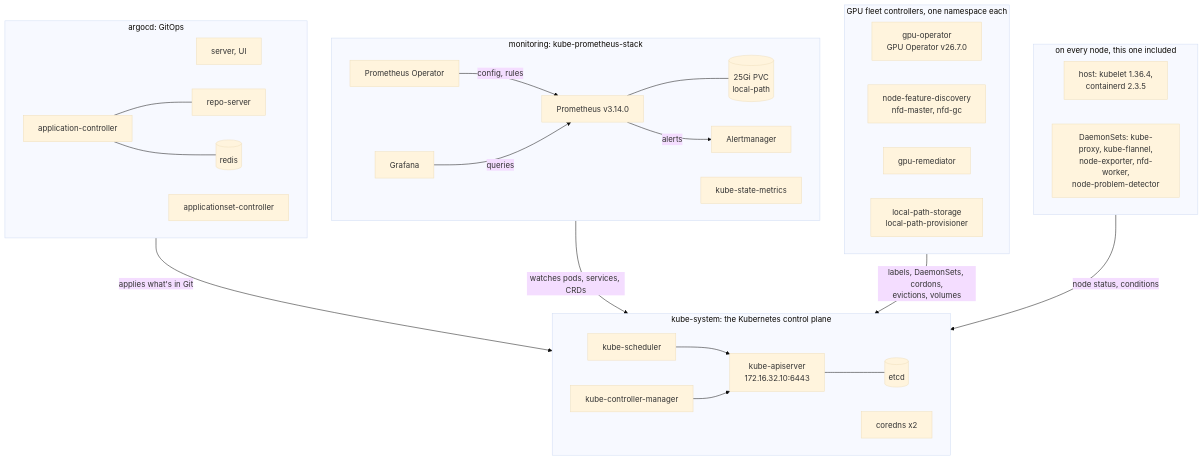
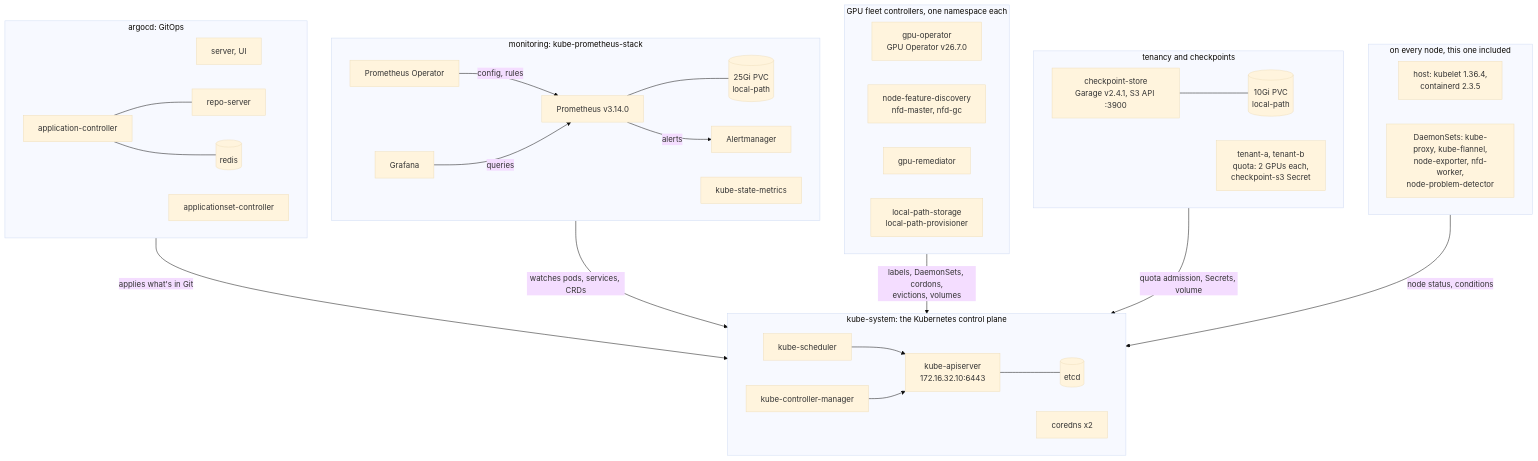
Before and after one commit to yassineteimi/nvidia-gpu-fleet-poc: the third of 6 diagrams in docs/architecture.md, drawn with Mermaid (base theme). The commit also changed other lines of this file and 42 other files, not shown here.

First line of the commit message:
Session D1: tenants, Garage checkpoint store, goodput trainer, D2 scripts

````diff
--- a/docs/architecture.md
+++ b/docs/architecture.md
@@ -85,46 +85,53 @@
 ```mermaid
 flowchart TB
   subgraph argo["argocd: GitOps"]
     direction LR
     as["server, UI"]
     actl["application-controller"] --- arepo["repo-server"]
     actl --- redis[("redis")]
     aset["applicationset-controller"]
   end
 
   subgraph mon["monitoring: kube-prometheus-stack"]
     direction LR
     pop["Prometheus Operator"] -->|"config, rules"| prom["Prometheus v3.14.0"]
     prom --- pvc[("25Gi PVC<br/>local-path")]
     prom -->|"alerts"| am["Alertmanager"]
     graf["Grafana"] -->|"queries"| prom
     ksm["kube-state-metrics"]
   end
 
   subgraph fleet["GPU fleet controllers, one namespace each"]
     direction LR
     gop["gpu-operator<br/>GPU Operator v26.7.0"]
     nfdm["node-feature-discovery<br/>nfd-master, nfd-gc"]
     gr["gpu-remediator"]
     lpp["local-path-storage<br/>local-path-provisioner"]
   end
 
+  subgraph ten["tenancy and checkpoints"]
+    direction LR
+    garage["checkpoint-store<br/>Garage v2.4.1, S3 API :3900"] --- gpvc[("10Gi PVC<br/>local-path")]
+    tns["tenant-a, tenant-b<br/>quota: 2 GPUs each,<br/>checkpoint-s3 Secret"]
+  end
+
   subgraph every["on every node, this one included"]
     direction LR
     kubelet["host: kubelet 1.36.4,<br/>containerd 2.3.5"]
     ds["DaemonSets: kube-proxy, kube-flannel,<br/>node-exporter, nfd-worker,<br/>node-problem-detector"]
   end
 
   subgraph ks["kube-system: the Kubernetes control plane"]
     direction LR
     sch["kube-scheduler"] --> api["kube-apiserver<br/>172.16.32.10:6443"]
     kcm["kube-controller-manager"] --> api
     api --- etcd[("etcd")]
     dns["coredns x2"]
   end
 
   argo -->|"applies what's in Git"| ks
   mon -->|"watches pods, services, CRDs"| ks
   fleet -->|"labels, DaemonSets, cordons,<br/>evictions, volumes"| ks
+  ten -->|"quota admission, Secrets, volume"| ks
   every -->|"node status, conditions"| ks
 ```
````
